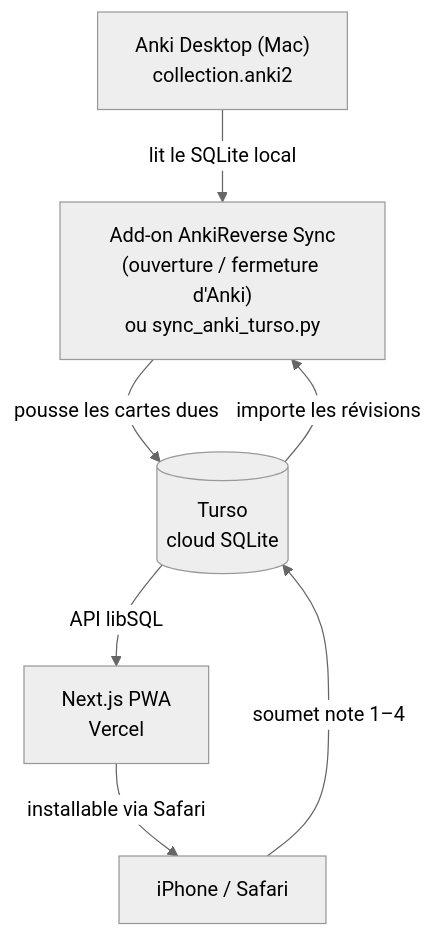
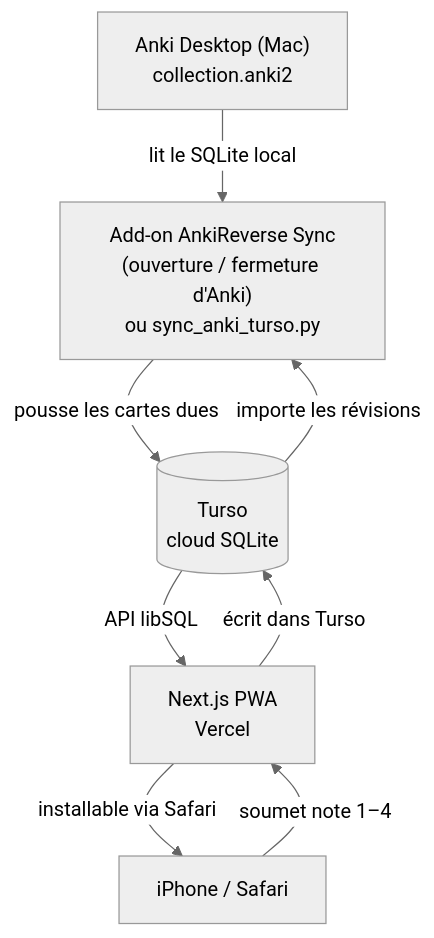
One commit to Ribraba/AnkiReverse changed the first of 2 diagrams in README.md. Above: the diagram before and after it, drawn with Mermaid.

Commit message:
docs: corriger le flux de soumission des notes dans l'architecture
La note 1-4 passe par la PWA (POST /api/review) qui écrit dans Turso,
pas directement depuis le browser vers Turso.

https://claude.ai/code/session_01CapvznuetkTVeh29bv74Tp

````diff
--- a/README.md
+++ b/README.md
@@ -10,16 +10,17 @@
 ```mermaid
 %%{init: {'theme': 'neutral'}}%%
 flowchart TD
     A["Anki Desktop (Mac)\ncollection.anki2"]
     B["Add-on AnkiReverse Sync\n(ouverture / fermeture d'Anki)\nou sync_anki_turso.py"]
     C[("Turso\ncloud SQLite")]
     D["Next.js PWA\nVercel"]
     E["iPhone / Safari"]
 
     A -->|"lit le SQLite local"| B
     B -->|"pousse les cartes dues"| C
     C -->|"API libSQL"| D
     D -->|"installable via Safari"| E
-    E -->|"soumet note 1–4"| C
+    E -->|"soumet note 1–4"| D
+    D -->|"écrit dans Turso"| C
     C -->|"importe les révisions"| B
 ```
````
